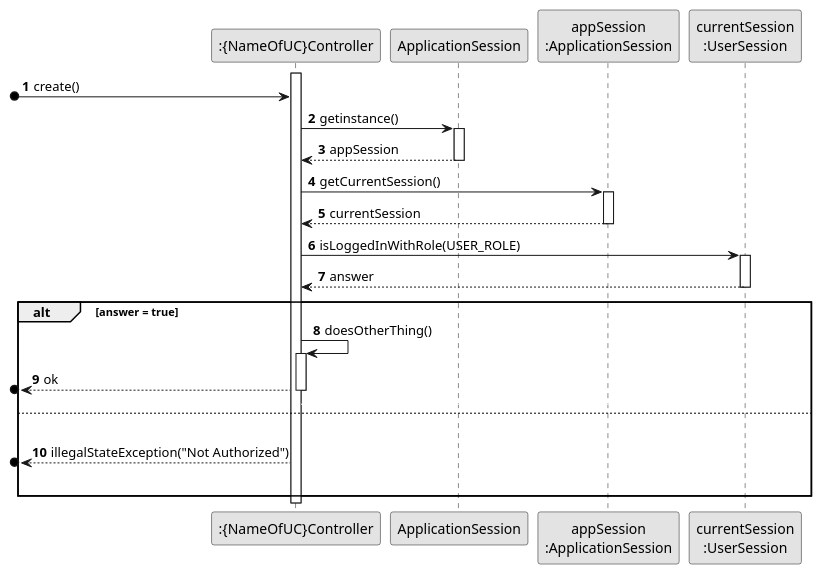
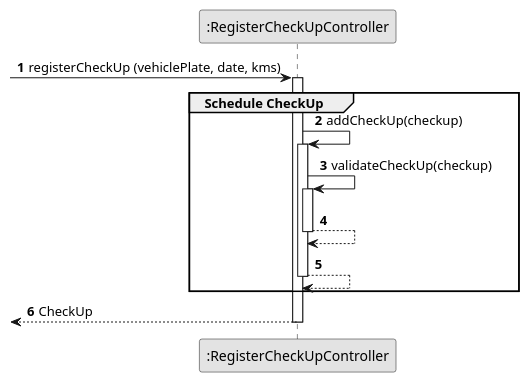
One commit to Departamento-de-Engenharia-Informatica/lei-24-s2-1dm-g132 changed the diagram in docs/sprintB/us007/03.design/puml/us007-sequence-diagram-split.puml. Above: the diagram before and after it, drawn with PlantUML. The commit also changed 7 other files, not shown here.

Commit message:
US007 - Beginning of development of all Design related diagrams

```diff
--- a/docs/sprintB/us007/03.design/puml/us007-sequence-diagram-split.puml
+++ b/docs/sprintB/us007/03.design/puml/us007-sequence-diagram-split.puml
@@ -1,48 +1,39 @@
 @startuml
 skinparam monochrome true
 skinparam packageStyle rectangle
 skinparam shadowing false
 
 autonumber
 
 'hide footbox
-participant ":{NameOfUC}Controller" as CTRL
-participant "ApplicationSession" as APPSESSIONC
-participant "appSession\n:ApplicationSession" as APPSESSIONI
-participant "currentSession\n:UserSession" as CURSESSION
+participant ":RegisterCheckUpController" as CTRL
 
-activate CTRL
-[o-> CTRL : create()
-    CTRL -> APPSESSIONC : getinstance()
 
-    activate APPSESSIONC
-        APPSESSIONC --> CTRL : appSession
-    deactivate APPSESSIONC
 
-    CTRL -> APPSESSIONI : getCurrentSession()
-    activate APPSESSIONI
-        APPSESSIONI --> CTRL : currentSession
-    deactivate APPSESSIONI
 
-    CTRL -> CURSESSION : isLoggedInWithRole(USER_ROLE)
-    activate CURSESSION
-        CURSESSION --> CTRL : answer
-    deactivate CURSESSION
 
-    alt answer = true
-        CTRL -> CTRL : doesOtherThing()
-        activate CTRL
-            [o<-- CTRL : ok
-        deactivate CTRL
-        autonumber stop
-        CTRL -[#white]> CURSESSION
-        autonumber resume
-    else
-        |||
-        [o<-- CTRL : illegalStateException("Not Authorized")
-        |||
-    end alt
+                 -> CTRL : registerCheckUp (vehiclePlate, date, kms)
+                             activate CTRL
+    group Schedule CheckUp
 
-deactivate CTRL
+                                            CTRL -> CTRL: addCheckUp(checkup)
+
+                                                                               activate CTRL
+                                                                                   CTRL -> CTRL: validateCheckUp(checkup)
+                                                                                   activate CTRL
+                                                                                       CTRL --> CTRL
+                                                                                   deactivate CTRL
+
+                                                                                   CTRL --> CTRL
+                                                                                   deactivate CTRL
+                                                                                   end
+
+             <-- CTRL : CheckUp
+            deactivate CTRL
+
+
+
+
+
 
 @enduml
```
